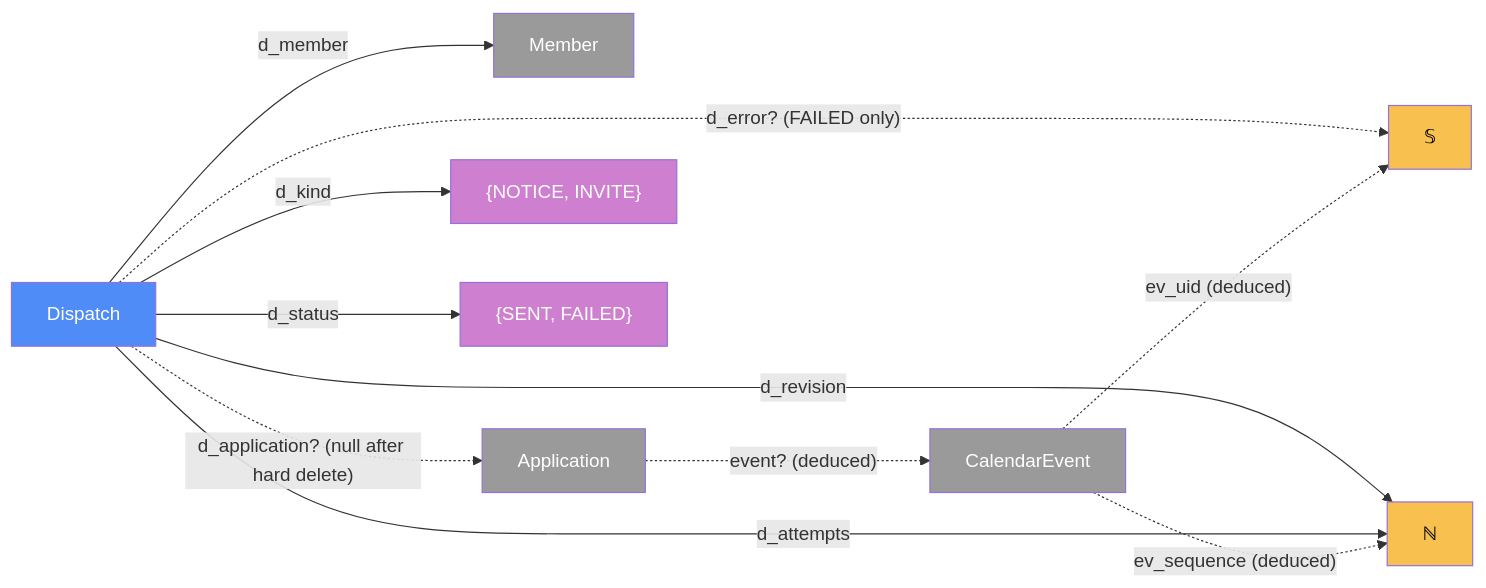
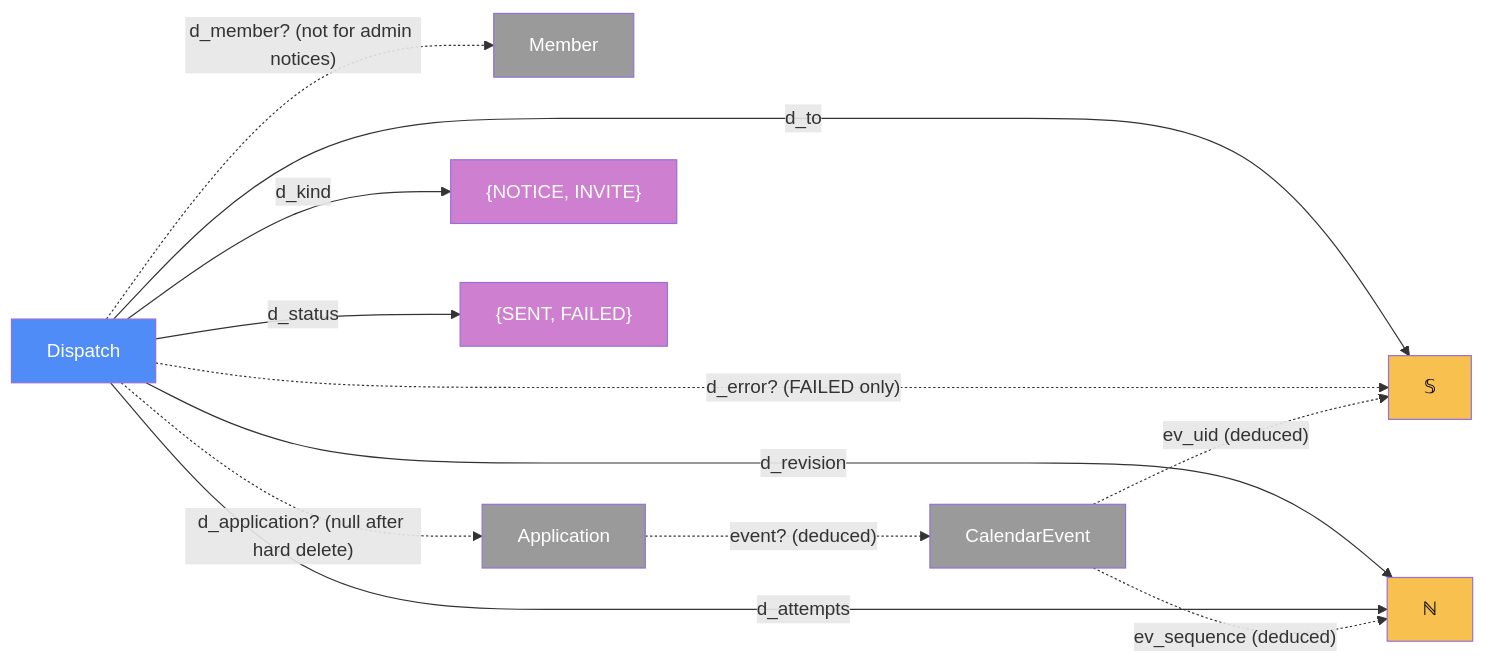
Before and after one commit to zhiy-foo/lyanne-visa: the diagram in docs/delivery/ARCHITECTURE.md, drawn with Mermaid. The commit also changed other lines of this file and 19 other files, not shown here.

````diff
--- a/docs/delivery/ARCHITECTURE.md
+++ b/docs/delivery/ARCHITECTURE.md
@@ -38,31 +38,32 @@
 ```mermaid
 graph LR
     Mem["Member"]
     App["Application"]
     Disp["Dispatch"]
     Ev["CalendarEvent"]
     Kind["{NOTICE, INVITE}"]
     St["{SENT, FAILED}"]
     N["ℕ"]
     Str["𝕊"]
 
-    Disp -->|"d_member"| Mem
+    Disp -.->|"d_member? (not for admin notices)"| Mem
+    Disp -->|"d_to"| Str
     Disp -.->|"d_application? (null after hard delete)"| App
     Disp -->|"d_kind"| Kind
     Disp -->|"d_revision"| N
     Disp -->|"d_attempts"| N
     Disp -->|"d_status"| St
     Disp -.->|"d_error? (FAILED only)"| Str
     App -.->|"event? (deduced)"| Ev
     Ev -.->|"ev_uid (deduced)"| Str
     Ev -.->|"ev_sequence (deduced)"| N
 
     style Mem fill:#9a9a9a,color:#fff
     style App fill:#9a9a9a,color:#fff
     style Disp fill:#4f8cf7,color:#fff
     style Ev fill:#9a9a9a,color:#fff
     style Kind fill:#cf7fcf,color:#fff
     style St fill:#cf7fcf,color:#fff
     style N fill:#f7c04f,color:#000
     style Str fill:#f7c04f,color:#000
 ```
````
